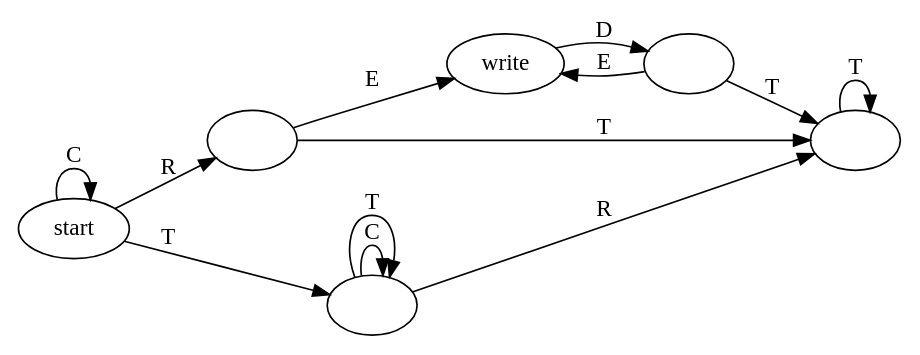
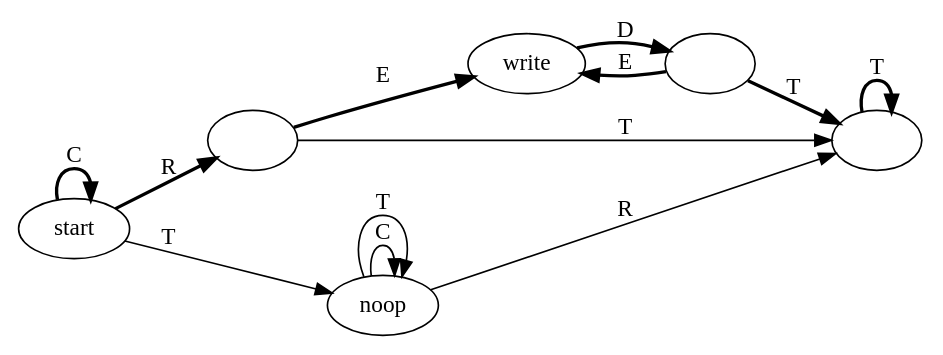
The diagram in osdi/opgroup_transitions.dot (ucla-readable/fstitch-doc), drawn with Graphviz before and after one commit.

Commit message:
r2358: bolded common path and noted the noop opgroup

```diff
--- a/osdi/opgroup_transitions.dot
+++ b/osdi/opgroup_transitions.dot
@@ -1,22 +1,22 @@
 digraph opgrouptransitions
 {
 	rankdir=LR
 	"start" [label="start"]
 	"a" [label=""]
 	"b" [label="write"]
 	"c" [label=""]
-	"d" [label=""]
+	"d" [label="noop"]
 	"e" [label=""]
-	"start" -> "start" [label="C"]
-	"start" -> "a" [label="R"]
+	"start" -> "start" [label="C",style=bold]
+	"start" -> "a" [label="R",style=bold]
 	"start" -> "d" [label="T"]
-	"a" -> "b" [label="E"]
+	"a" -> "b" [label="E",style=bold]
 	"a" -> "e" [label="T"]
-	"b" -> "c" [label="D"]
-	"c" -> "b" [label="E"]
-	"c" -> "e" [label="T"]
+	"b" -> "c" [label="D",style=bold]
+	"c" -> "b" [label="E",style=bold]
+	"c" -> "e" [label="T",style=bold]
 	"d" -> "d" [label="C"]
 	"d" -> "d" [label="T"]
 	"d" -> "e" [label="R"]
-	"e" -> "e" [label="T"]
+	"e" -> "e" [label="T",style=bold]
 }
```
